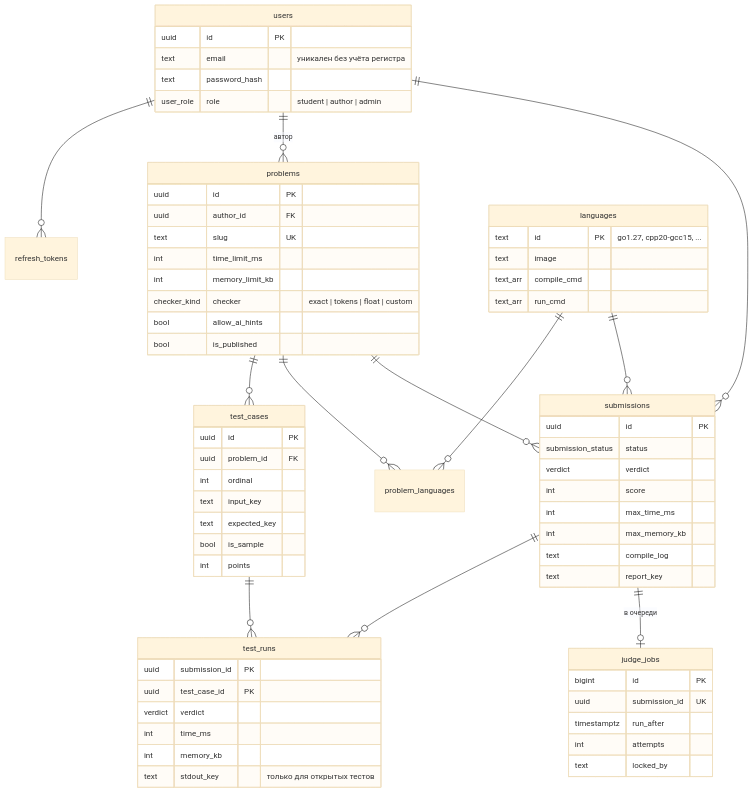
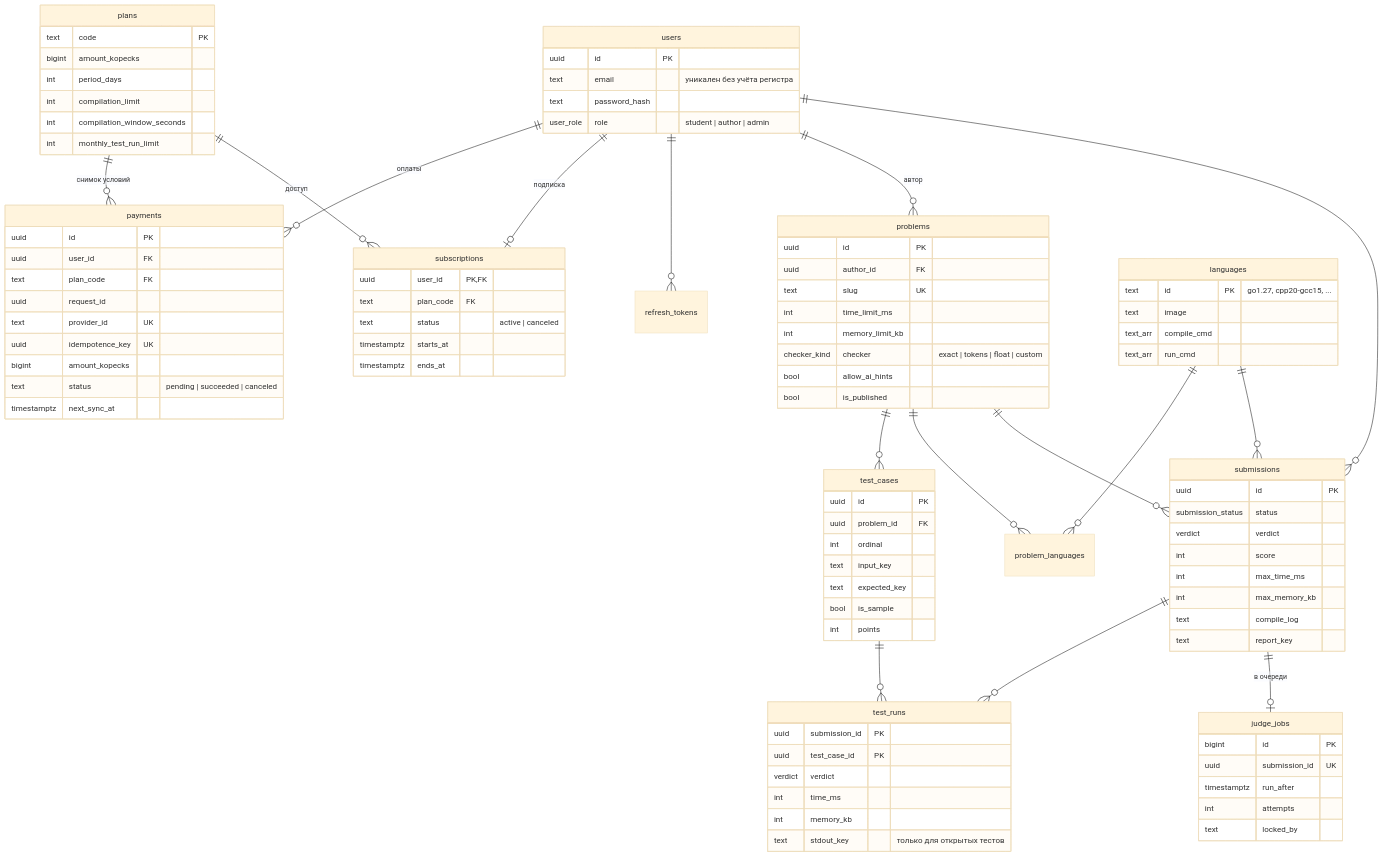
The second of 2 diagrams in docs/database.md (autocheck-team/backend), drawn with Mermaid (base theme) before and after one commit. The commit also changed other lines of this file and 29 other files, not shown here.

````diff
--- a/docs/database.md
+++ b/docs/database.md
@@ -29,5 +29,9 @@
 ```mermaid
 erDiagram
+    users ||--o{ payments : "оплаты"
+    users ||--o| subscriptions : "подписка"
+    plans ||--o{ payments : "снимок условий"
+    plans ||--o{ subscriptions : "доступ"
     users ||--o{ refresh_tokens : ""
     users ||--o{ problems : "автор"
     users ||--o{ submissions : ""
@@ -40,6 +44,32 @@
     test_cases ||--o{ test_runs : ""
     submissions ||--o| judge_jobs : "в очереди"
 
+    plans {
+        text code PK
+        bigint amount_kopecks
+        int period_days
+        int compilation_limit
+        int compilation_window_seconds
+        int monthly_test_run_limit
+    }
+    payments {
+        uuid id PK
+        uuid user_id FK
+        text plan_code FK
+        uuid request_id
+        text provider_id UK
+        uuid idempotence_key UK
+        bigint amount_kopecks
+        text status "pending | succeeded | canceled"
+        timestamptz next_sync_at
+    }
+    subscriptions {
+        uuid user_id PK,FK
+        text plan_code FK
+        text status "active | canceled"
+        timestamptz starts_at
+        timestamptz ends_at
+    }
     users {
         uuid id PK
         text email "уникален без учёта регистра"
````
